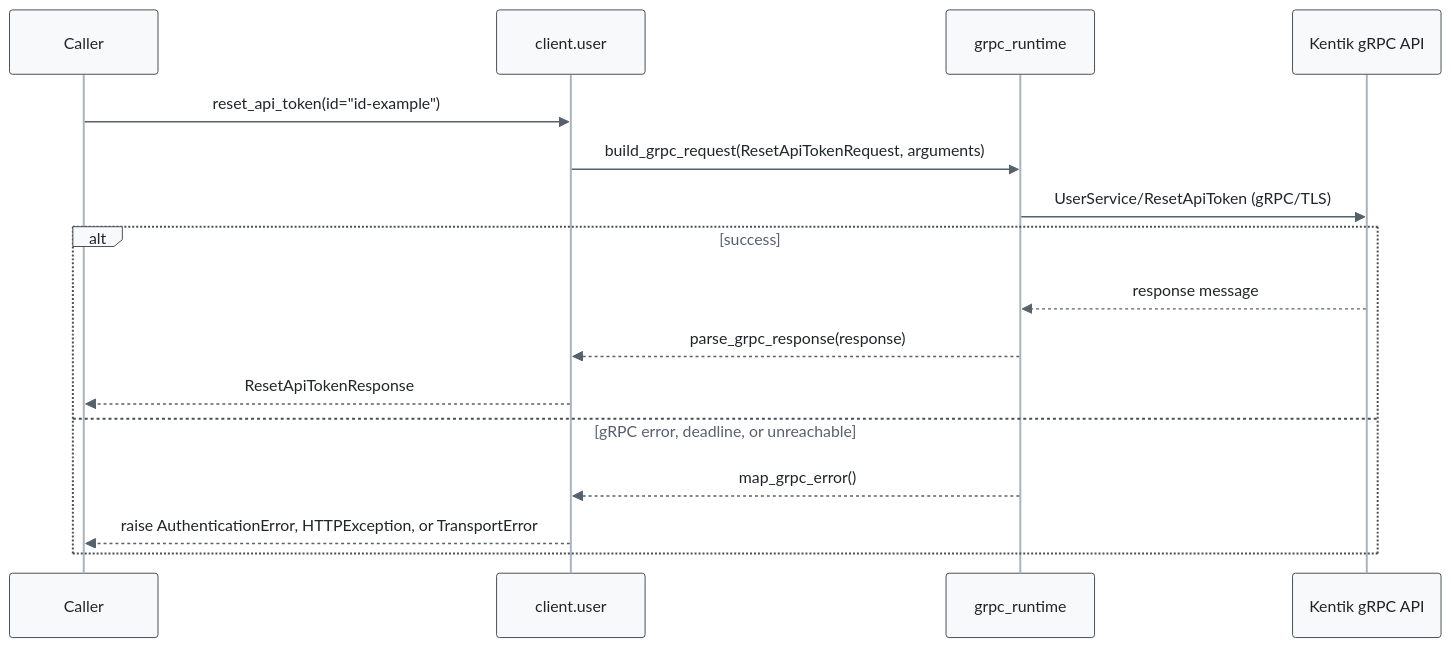
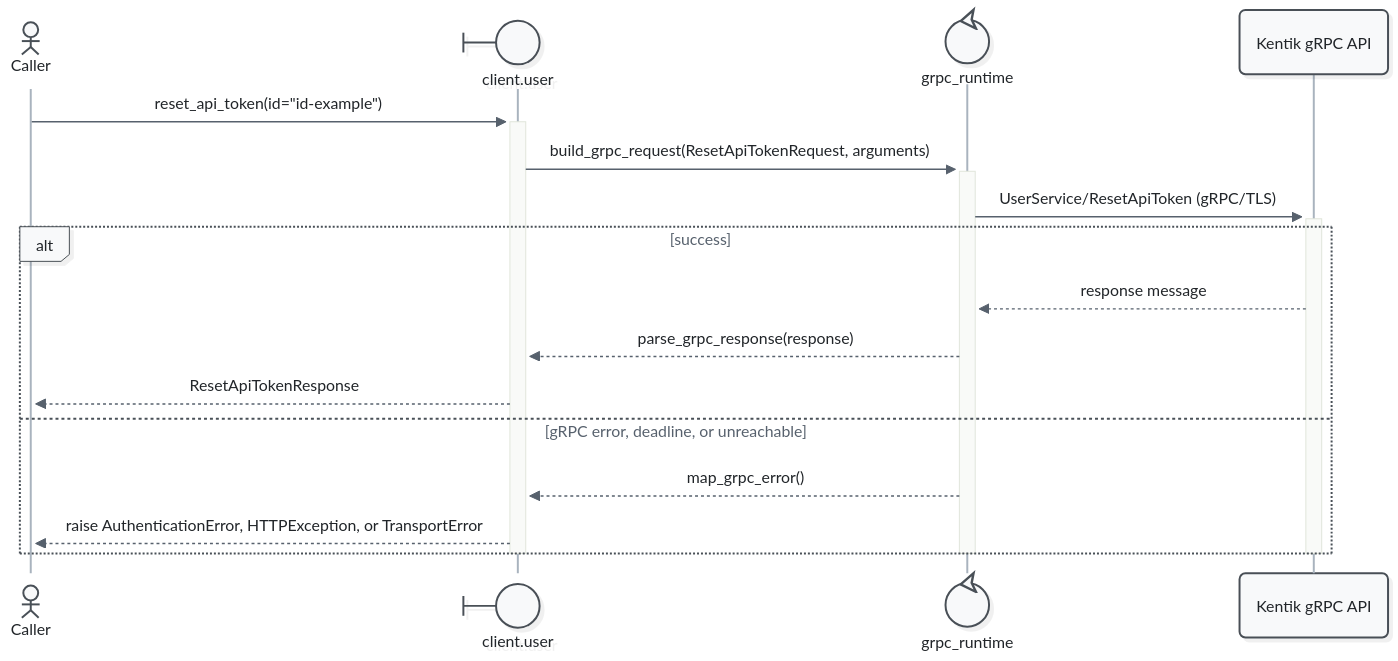
Diagram 14 of 15 in docs/sphinx/services/user.md (alexdearaujo/community_sdk_python), drawn with Mermaid before and after one commit. The commit also changed other lines of this file and 52 other files, not shown here.

First line of the commit message:
docs: Mermaid 12 sequence diagrams with participant types and path colors

````diff
--- a/docs/sphinx/services/user.md
+++ b/docs/sphinx/services/user.md
@@ -519,20 +551,23 @@
 ```mermaid
-%%{init: {"theme": "base", "fontFamily": "ui-monospace, SFMono-Regular, Menlo, monospace", "themeVariables": {"fontFamily": "ui-monospace, SFMono-Regular, Menlo, monospace", "primaryColor": "#f8f9fa", "primaryBorderColor": "#495057", "primaryTextColor": "#212529", "textColor": "#212529", "lineColor": "#77818c", "edgeLabelBackground": "#ffffff", "actorBkg": "#f8f9fa", "actorBorder": "#495057", "actorTextColor": "#212529", "actorLineColor": "#a9b3be", "signalColor": "#57616d", "signalTextColor": "#212529", "labelBoxBkgColor": "#f8f9fa", "labelBoxBorderColor": "#495057", "labelTextColor": "#212529", "loopTextColor": "#57616d", "noteBkgColor": "#fff9db", "noteBorderColor": "#f08c00", "noteTextColor": "#a35a00"}, "flowchart": {"curve": "step", "nodeSpacing": 30, "rankSpacing": 70, "wrappingWidth": 400}}}%%
+%%{init: {"theme": "redux", "look": "neo", "layout": "dagre", "fontFamily": "ui-monospace, SFMono-Regular, Menlo, monospace", "themeVariables": {"fontFamily": "ui-monospace, SFMono-Regular, Menlo, monospace", "primaryColor": "#f8f9fa", "primaryBorderColor": "#495057", "primaryTextColor": "#212529", "textColor": "#212529", "lineColor": "#77818c", "edgeLabelBackground": "#ffffff", "actorBkg": "#f8f9fa", "actorBorder": "#495057", "actorTextColor": "#212529", "actorLineColor": "#a9b3be", "signalColor": "#57616d", "signalTextColor": "#212529", "labelBoxBkgColor": "#f8f9fa", "labelBoxBorderColor": "#495057", "labelTextColor": "#212529", "loopTextColor": "#57616d", "noteBkgColor": "#fff9db", "noteBorderColor": "#f08c00", "noteTextColor": "#a35a00"}, "sequence": {"activationWidth": 16}, "flowchart": {"curve": "step", "nodeSpacing": 30, "rankSpacing": 70, "wrappingWidth": 400}}}%%
 sequenceDiagram
-    participant C as Caller
-    participant W as client.user
-    participant R as grpc_runtime
+    actor C as Caller
+    participant W@{ "type": "boundary" } as client.user
+    participant R@{ "type": "control" } as grpc_runtime
     participant API as Kentik gRPC API
 
-    C->>W: reset_api_token(id="id-example")
-    W->>R: build_grpc_request(ResetApiTokenRequest, arguments)
-    R->>API: UserService/ResetApiToken (gRPC/TLS)
+    C->>+W: reset_api_token(id="id-example")
+    W->>+R: build_grpc_request(ResetApiTokenRequest, arguments)
+    R->>+API: UserService/ResetApiToken (gRPC/TLS)
     alt success
         API-->>R: response message
         R-->>W: parse_grpc_response(response)
         W-->>C: ResetApiTokenResponse
     else gRPC error, deadline, or unreachable
         R-->>W: map_grpc_error()
         W-->>C: raise AuthenticationError, HTTPException, or TransportError
     end
+    deactivate API
+    deactivate R
+    deactivate W
 ```
````
